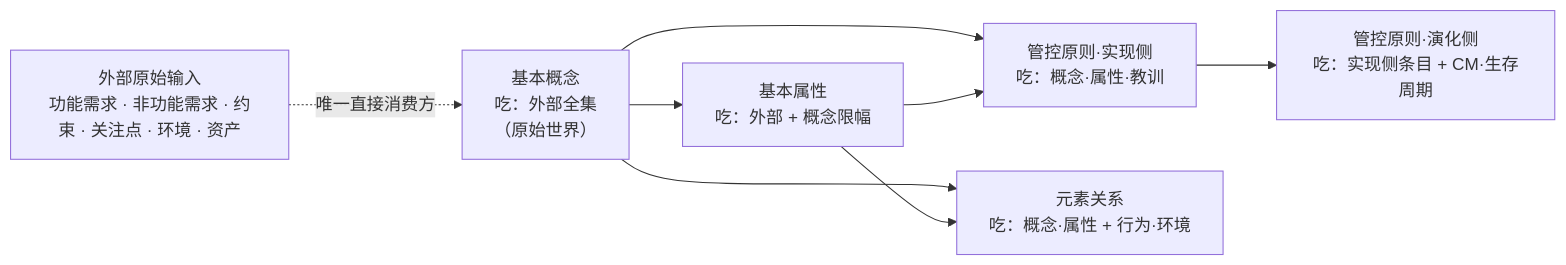
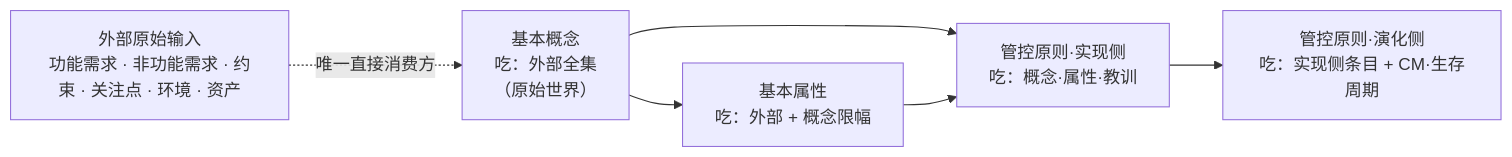
Before and after one commit to Yongjunzhou/business-Engineering: diagram 11 of 11 in 10-系统工程研究/00-系统工程相关研究报告/10-架构设计方法论全景研究报告.md, drawn with Mermaid. The commit also changed other lines of this file and 30 other files, not shown here.

````diff
--- a/10-系统工程研究/00-系统工程相关研究报告/10-架构设计方法论全景研究报告.md
+++ b/10-系统工程研究/00-系统工程相关研究报告/10-架构设计方法论全景研究报告.md
@@ -747,11 +764,9 @@
 ```mermaid
 flowchart LR
     EXT["外部原始输入<br/>功能需求 · 非功能需求 · 约束 · 关注点 · 环境 · 资产"]
     C[基本概念<br/>吃：外部全集<br/>（原始世界）] --> A[基本属性<br/>吃：外部 + 概念限幅]
     C --> R1[管控原则·实现侧<br/>吃：概念·属性·教训]
     A --> R1
     R1 --> R2[管控原则·演化侧<br/>吃：实现侧条目 + CM·生存周期]
-    C --> REL[元素关系<br/>吃：概念·属性 + 行为·环境]
-    A --> REL
     EXT -. 唯一直接消费方 .-> C
 ```
````
